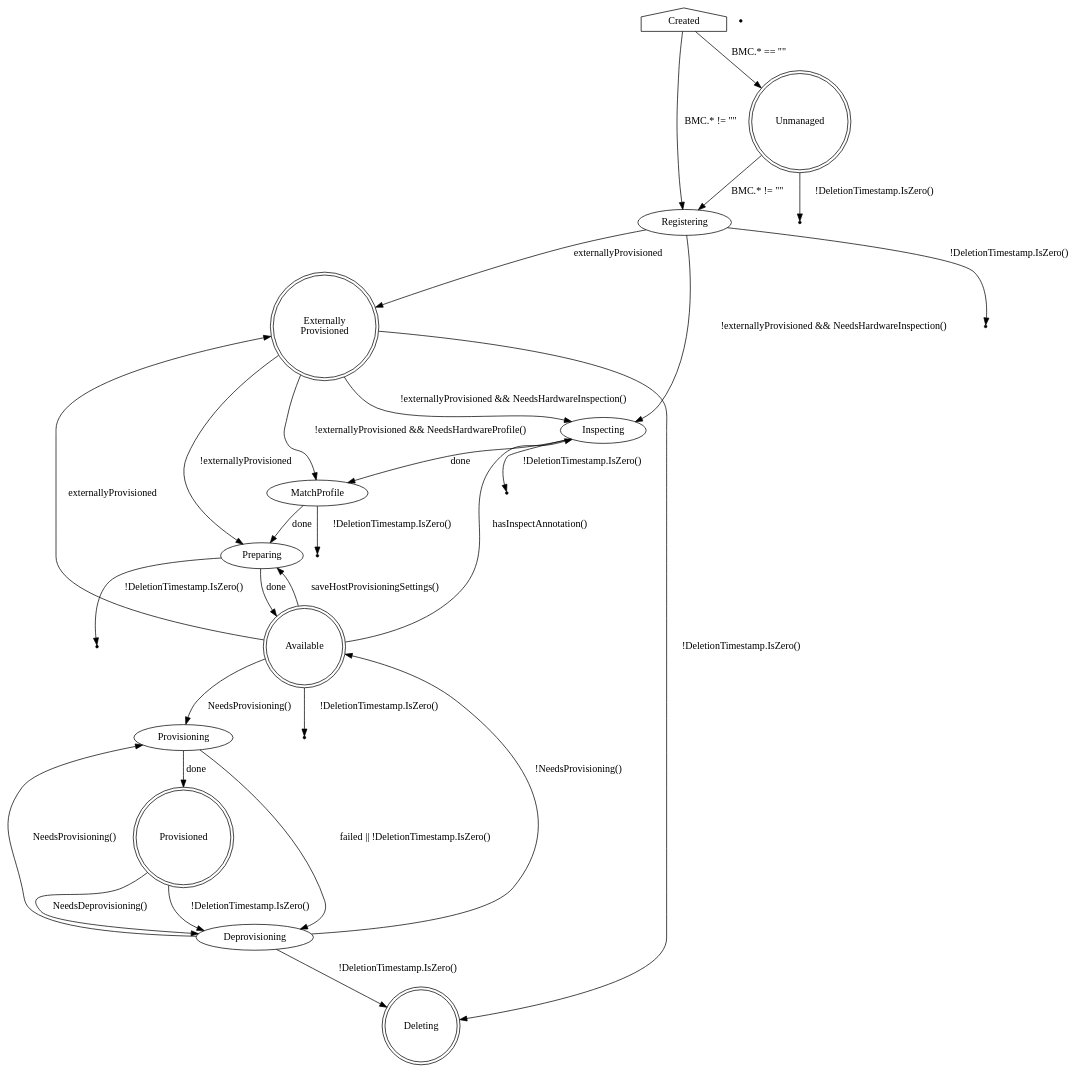
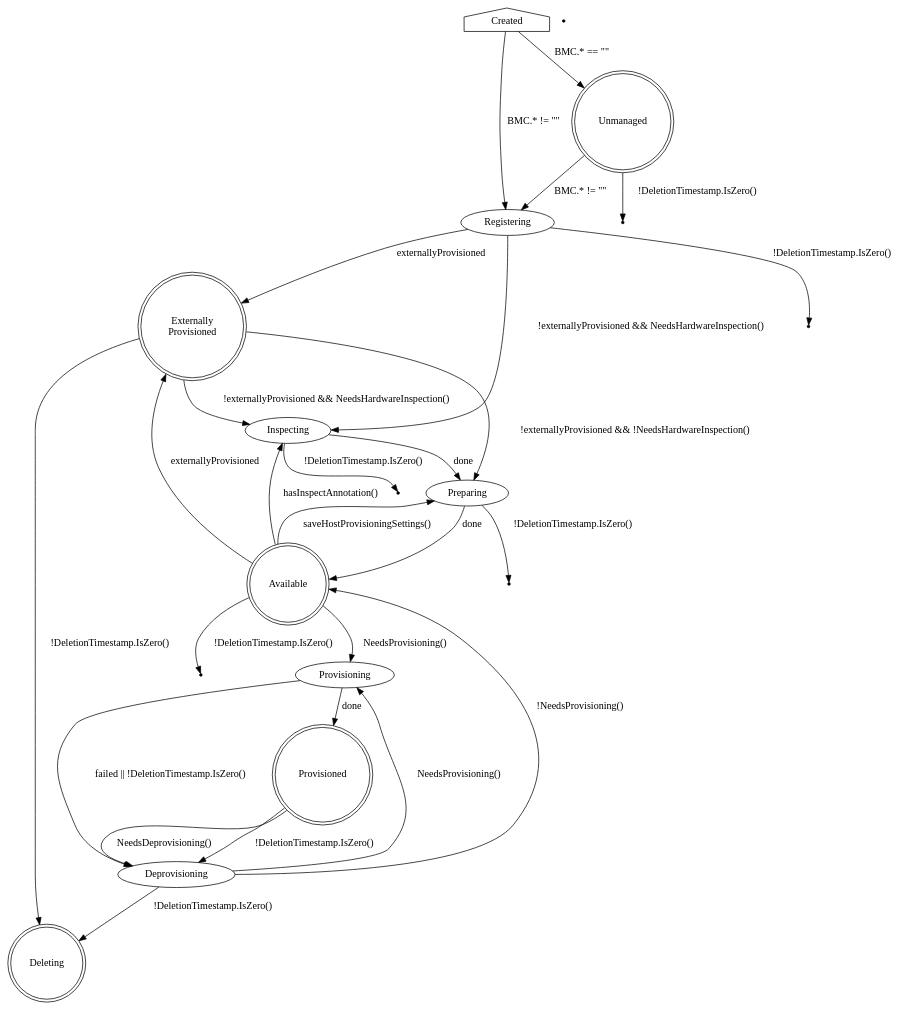
Before and after one commit to metal3-io/baremetal-operator: the diagram in docs/BaremetalHost_ProvisioningState.dot, drawn with Graphviz. The commit also changed 7 other files, not shown here.

```diff
--- a/docs/BaremetalHost_ProvisioningState.dot
+++ b/docs/BaremetalHost_ProvisioningState.dot
@@ -1,65 +1,59 @@
 digraph BaremetalHost {
     Created [shape=house]
     Created -> Unmanaged [label="BMC.* == \"\""]
     Created -> Registering [label="BMC.* != \"\""]
 
     Unmanaged [shape=doublecircle]
     Unmanaged -> Registering [label="BMC.* != \"\""]
     Unmanaged -> Deleting1 [label="!DeletionTimestamp.IsZero()"]
 
     Deleting1 [shape=point]
 
     ExternallyProvisioned [label="Externally\nProvisioned"]
 
     Registering -> Inspecting [label="!externallyProvisioned && NeedsHardwareInspection()"]
     Registering -> ExternallyProvisioned [label="externallyProvisioned"]
     Registering -> Deleting2 [label="!DeletionTimestamp.IsZero()"]
 
     Deleting2 [shape=point]
 
     ExternallyProvisioned -> Inspecting [label="!externallyProvisioned && NeedsHardwareInspection()"]
-    ExternallyProvisioned -> MatchProfile [label="!externallyProvisioned && NeedsHardwareProfile()"]
-    ExternallyProvisioned -> Preparing [label="!externallyProvisioned"]
+    ExternallyProvisioned -> Preparing [label="!externallyProvisioned && !NeedsHardwareInspection()"]
     Available -> ExternallyProvisioned [label="externallyProvisioned"]
 
-    Inspecting -> MatchProfile [label="done"]
+    Inspecting -> Preparing [label="done"]
     Inspecting -> Deleting3 [label="!DeletionTimestamp.IsZero()"]
 
     Deleting3 [shape=point]
-
-    MatchProfile -> Preparing [label="done"]
-    MatchProfile -> Deleting4 [label="!DeletionTimestamp.IsZero()"]
-
-    Deleting4 [shape=point]
 
     Deleting5 [shape=point]
 
     Preparing -> Available [label="done"]
     Preparing -> Deleting6 [label="!DeletionTimestamp.IsZero()"]
 
     Deleting6 [shape=point]
 
     Available [shape=doublecircle]
     Available -> Provisioning [label="NeedsProvisioning()"]
     Available -> Preparing [label="saveHostProvisioningSettings()"]
     Available -> Deleting7 [label="!DeletionTimestamp.IsZero()"]
     Available -> Inspecting [label="hasInspectAnnotation()"]
 
     Deleting7 [shape=point]
 
     Provisioning -> Provisioned [label=done]
     Provisioning -> Deprovisioning [label="failed || !DeletionTimestamp.IsZero()"]
 
     Provisioned [shape=doublecircle]
     Provisioned -> Deprovisioning [label="NeedsDeprovisioning()"]
     Provisioned -> Deprovisioning [label="!DeletionTimestamp.IsZero()"]
 
     ExternallyProvisioned [shape=doublecircle]
     ExternallyProvisioned -> Deleting [label="!DeletionTimestamp.IsZero()"]
 
     Deprovisioning -> Provisioning [label="NeedsProvisioning()"]
     Deprovisioning -> Available [label="!NeedsProvisioning()"]
     Deprovisioning -> Deleting [label="!DeletionTimestamp.IsZero()"]
 
     Deleting [shape=doublecircle]
 }
```
